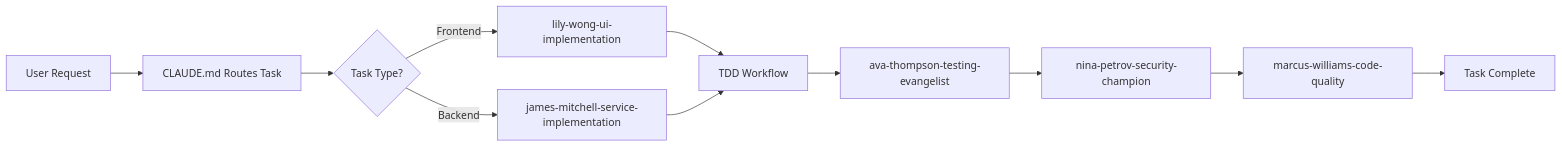
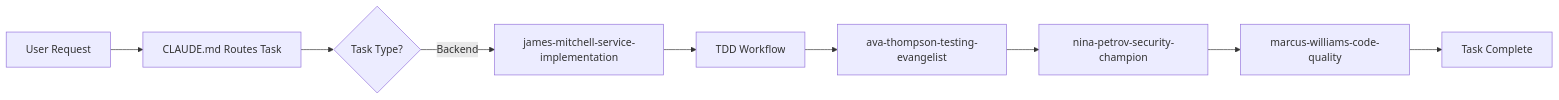
Before and after one commit to alvis/.claude: the diagram in README.md, drawn with Mermaid. The commit also changed other lines of this file and 3 other files, not shown here.

````diff
--- a/README.md
+++ b/README.md
@@ -160,16 +155,14 @@
 ```mermaid
 graph LR
     A[User Request] --> B[CLAUDE.md Routes Task]
     B --> C{Task Type?}
-    C -->|Frontend| D[lily-wong-ui-implementation]
     C -->|Backend| E[james-mitchell-service-implementation]
 
-    D --> G[TDD Workflow]
-    E --> G
+    E --> G[TDD Workflow]
 
     G --> H[ava-thompson-testing-evangelist]
     H --> I[nina-petrov-security-champion]
     I --> J[marcus-williams-code-quality]
 
     J --> K[Task Complete]
 ```
````
